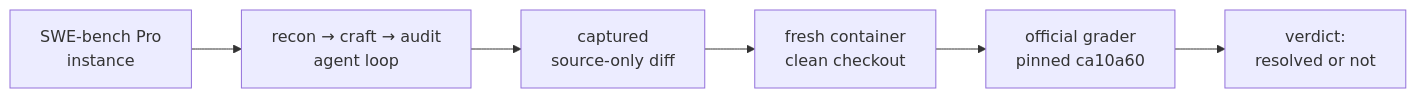
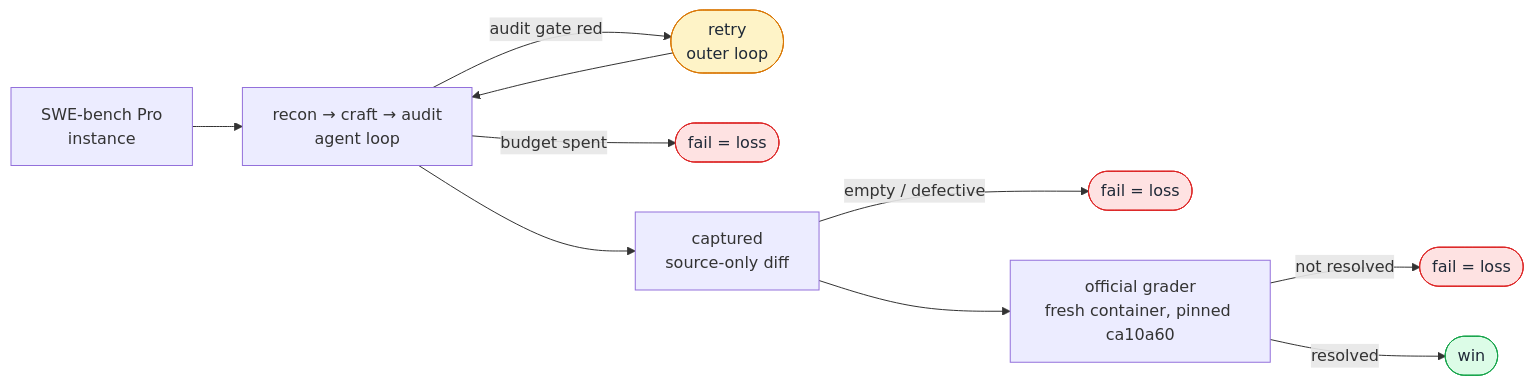
One commit to kimjune01/swebench-pro changed the third of 3 diagrams in README.md. Above: the diagram before and after it, drawn with Mermaid. The commit also changed other lines of this file, not shown here.

First line of the commit message:
Restructure README: result table first, cost section, verdict flowchart with retry/fail branches

````diff
--- a/README.md
+++ b/README.md
@@ -104,8 +95,15 @@
 ```mermaid
 flowchart LR
     I["SWE-bench Pro<br/>instance"] --> A["recon → craft → audit<br/>agent loop"]
+    A -->|audit gate red| R(["retry<br/>outer loop"]):::retry
+    R --> A
+    A -->|budget spent| F1(["fail = loss"]):::fail
     A --> P["captured<br/>source-only diff"]
-    P --> C["fresh container<br/>clean checkout"]
-    C --> G["official grader<br/>pinned ca10a60"]
-    G --> V["verdict:<br/>resolved or not"]
+    P -->|empty / defective| F2(["fail = loss"]):::fail
+    P --> G["official grader<br/>fresh container, pinned ca10a60"]
+    G -->|not resolved| F3(["fail = loss"]):::fail
+    G -->|resolved| W(["win"]):::win
+    classDef retry fill:#fef3c7,stroke:#d97706,color:#1f2937;
+    classDef fail fill:#fee2e2,stroke:#dc2626,color:#1f2937;
+    classDef win fill:#dcfce7,stroke:#16a34a,color:#1f2937;
 ```
````
